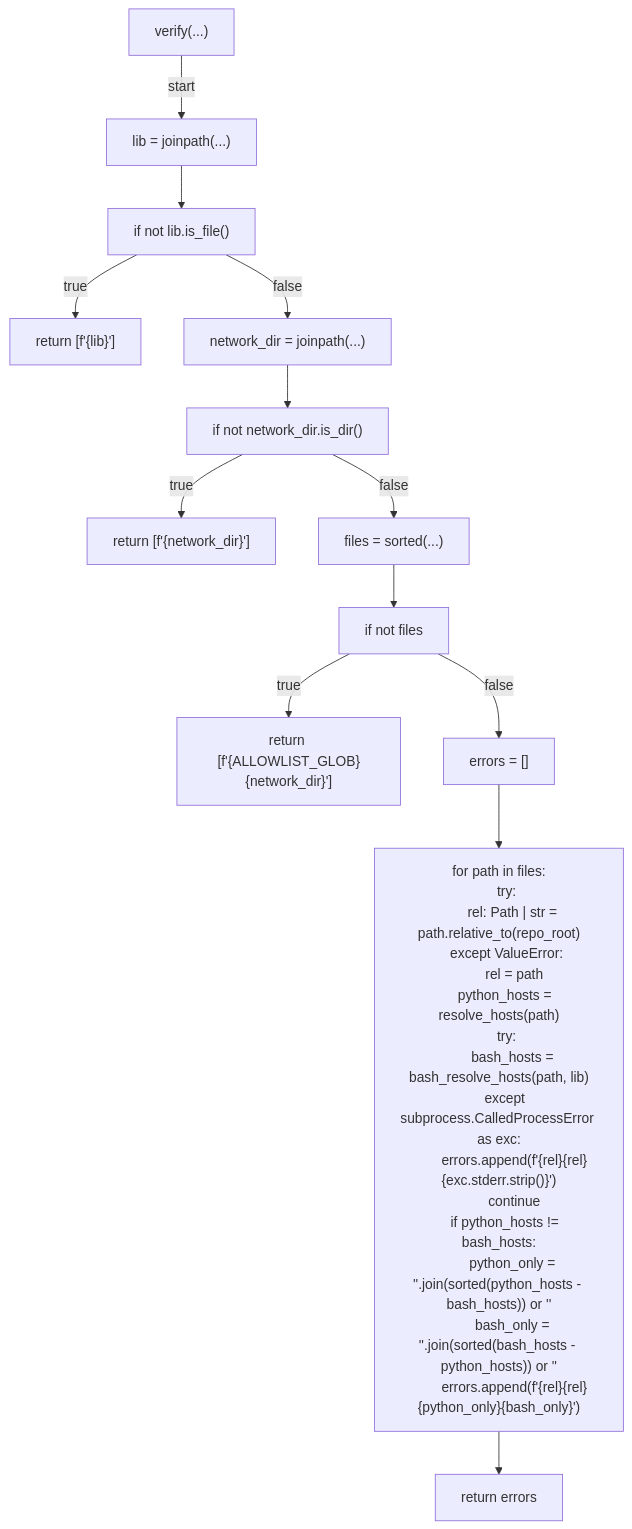
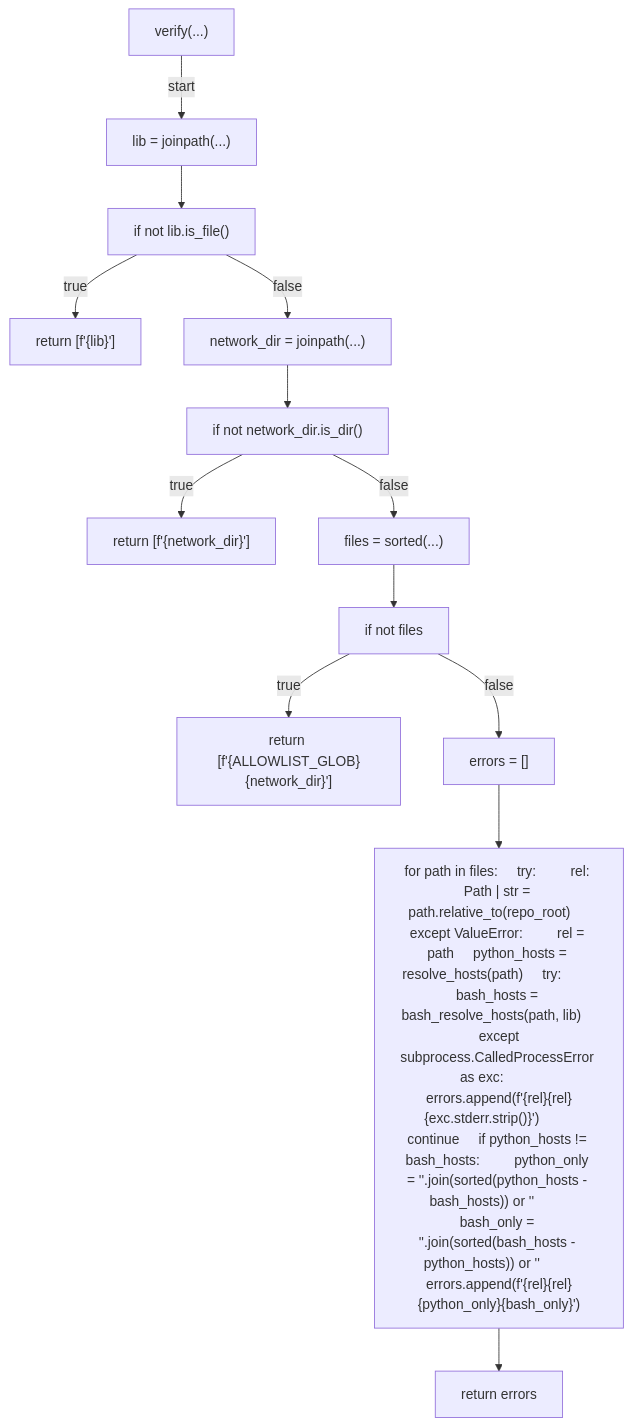
One commit to tvna/claude-md changed the second of 4 diagrams in docs/generated/scripts/ast/scan_allowlist_parser_parity.md. Above: the diagram before and after it, drawn with Mermaid. The commit also changed other lines of this file and 29 other files, not shown here.

First line of the commit message:
docs(generated): regenerate decision tree and workflow diagrams (batch 3/5)

````diff
--- a/docs/generated/scripts/ast/scan_allowlist_parser_parity.md
+++ b/docs/generated/scripts/ast/scan_allowlist_parser_parity.md
@@ -26,42 +26,28 @@
 ```mermaid
 flowchart TD
     N001["verify(...)"]
     N002["lib = joinpath(...)"]
     N003["if not lib.is_file()"]
     N004["return [f'<str>{lib}<str>']"]
     N005["network_dir = joinpath(...)"]
     N006["if not network_dir.is_dir()"]
     N007["return [f'<str>{network_dir}<str>']"]
     N008["files = sorted(...)"]
     N009["if not files"]
     N010["return [f'<str>{ALLOWLIST_GLOB}<str>{network_dir}<str>']"]
     N011["errors = []"]
-    N012["for path in files:
-    try:
-        rel: Path | str = path.relative_to(repo_root)
-    except ValueError:
-        rel = path
-    python_hosts = resolve_hosts(path)
-    try:
-        bash_hosts = bash_resolve_hosts(path, lib)
-    except subprocess.CalledProcessError as exc:
-        errors.append(f'<str>{rel}<str>{rel}<str>{exc.stderr.strip()}')
-        continue
-    if python_hosts != bash_hosts:
-        python_only = '<str>'.join(sorted(python_hosts - bash_hosts)) or '<str>'
-        bash_only = '<str>'.join(sorted(bash_hosts - python_hosts)) or '<str>'
-        errors.append(f'<str>{rel}<str>{rel}<str>{python_only}<str>{bash_only}<str>')"]
+    N012["for path in files:     try:         rel: Path | str = path.relative_to(repo_root)     except ValueError:         rel = path     python_hosts = resolve_hosts(path)     try:         bash_hosts = bash_resolve_hosts(path, lib)     except subprocess.CalledProcessError as exc:         errors.append(f'<str>{rel}<str>{rel}<str>{exc.stderr.strip()}')         continue     if python_hosts != bash_hosts:         python_only = '<str>'.join(sorted(python_hosts - bash_hosts)) or '<str>'         bash_only = '<str>'.join(sorted(bash_hosts - python_hosts)) or '<str>'         errors.append(f'<str>{rel}<str>{rel}<str>{python_only}<str>{bash_only}<str>')"]
     N013["return errors"]
     N001 -->|"start"| N002
     N002 --> N003
     N003 -->|"true"| N004
     N003 -->|"false"| N005
     N005 --> N006
     N006 -->|"true"| N007
     N006 -->|"false"| N008
     N008 --> N009
     N009 -->|"true"| N010
     N009 -->|"false"| N011
     N011 --> N012
     N012 --> N013
 ```
````
